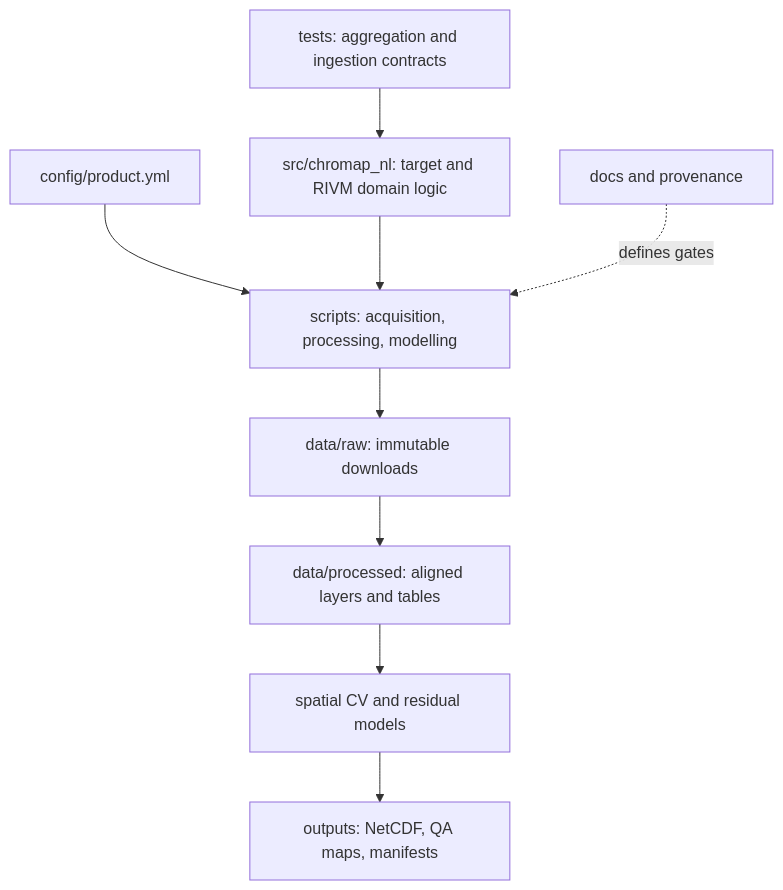
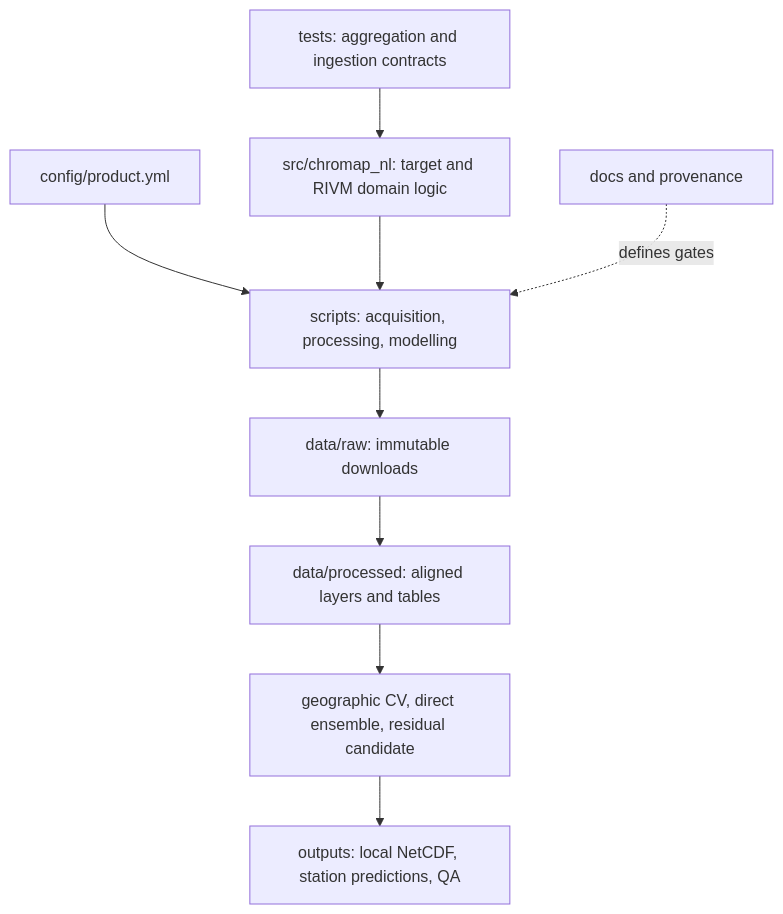
The second of 3 diagrams in docs/ARCHITECTURE.md (athithyai/NL-chromap), drawn with Mermaid before and after one commit. The commit also changed other lines of this file and 16 other files, not shown here.

````diff
--- a/docs/ARCHITECTURE.md
+++ b/docs/ARCHITECTURE.md
@@ -47,11 +51,11 @@
 ```mermaid
 flowchart TB
     CFG[config/product.yml] --> CLI[scripts: acquisition, processing, modelling]
     LIB[src/chromap_nl: target and RIVM domain logic] --> CLI
     TEST[tests: aggregation and ingestion contracts] --> LIB
     CLI --> RAW[data/raw: immutable downloads]
     RAW --> PROC[data/processed: aligned layers and tables]
-    PROC --> MODEL[spatial CV and residual models]
-    MODEL --> OUT[outputs: NetCDF, QA maps, manifests]
+    PROC --> MODEL[geographic CV, direct ensemble, residual candidate]
+    MODEL --> OUT[outputs: local NetCDF, station predictions, QA]
     DOC[docs and provenance] -. defines gates .-> CLI
 ```
````
